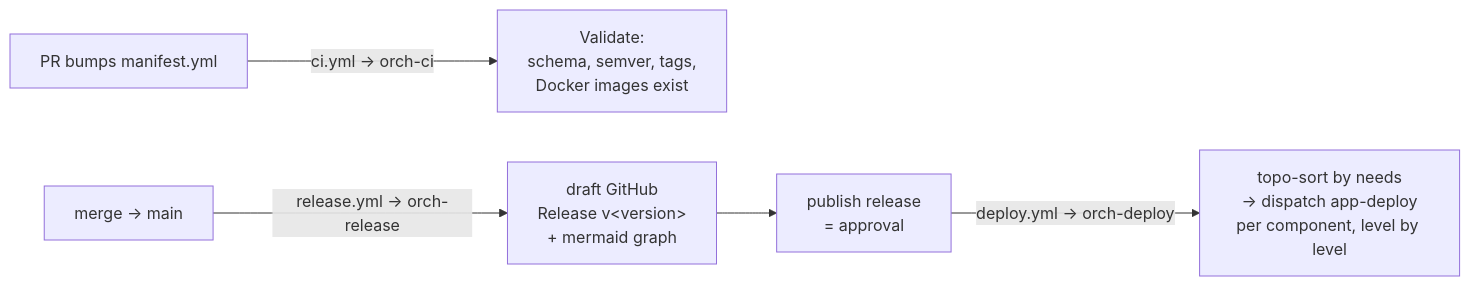
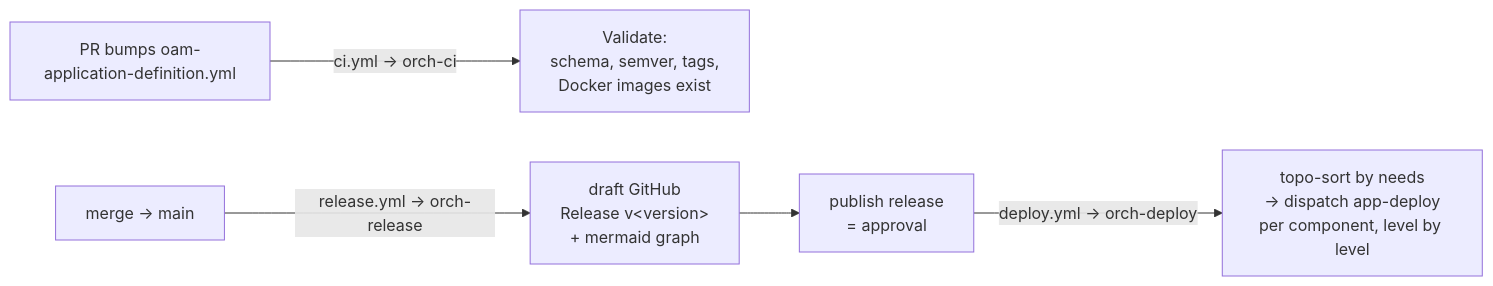
One commit to progmise/deploy-manifest changed the diagram in README.md. Above: the diagram before and after it, drawn with Mermaid. The commit also changed other lines of this file and 3 other files, not shown here.

First line of the commit message:
Ensemble app-model: ensemble-* rename + OAM application definition (#14)

````diff
--- a/README.md
+++ b/README.md
@@ -44,7 +57,7 @@
 ```mermaid
 flowchart LR
-    PR["PR bumps manifest.yml"] -->|"ci.yml → orch-ci"| V["Validate:<br/>schema, semver, tags,<br/>Docker images exist"]
+    PR["PR bumps oam-application-definition.yml"] -->|"ci.yml → orch-ci"| V["Validate:<br/>schema, semver, tags,<br/>Docker images exist"]
     M["merge → main"] -->|"release.yml → orch-release"| R["draft GitHub<br/>Release v&lt;version&gt;<br/>+ mermaid graph"]
     R --> P["publish release<br/>= approval"]
     P -->|"deploy.yml → orch-deploy"| D["topo-sort by needs<br/>→ dispatch app-deploy<br/>per component, level by level"]
 ```
````
